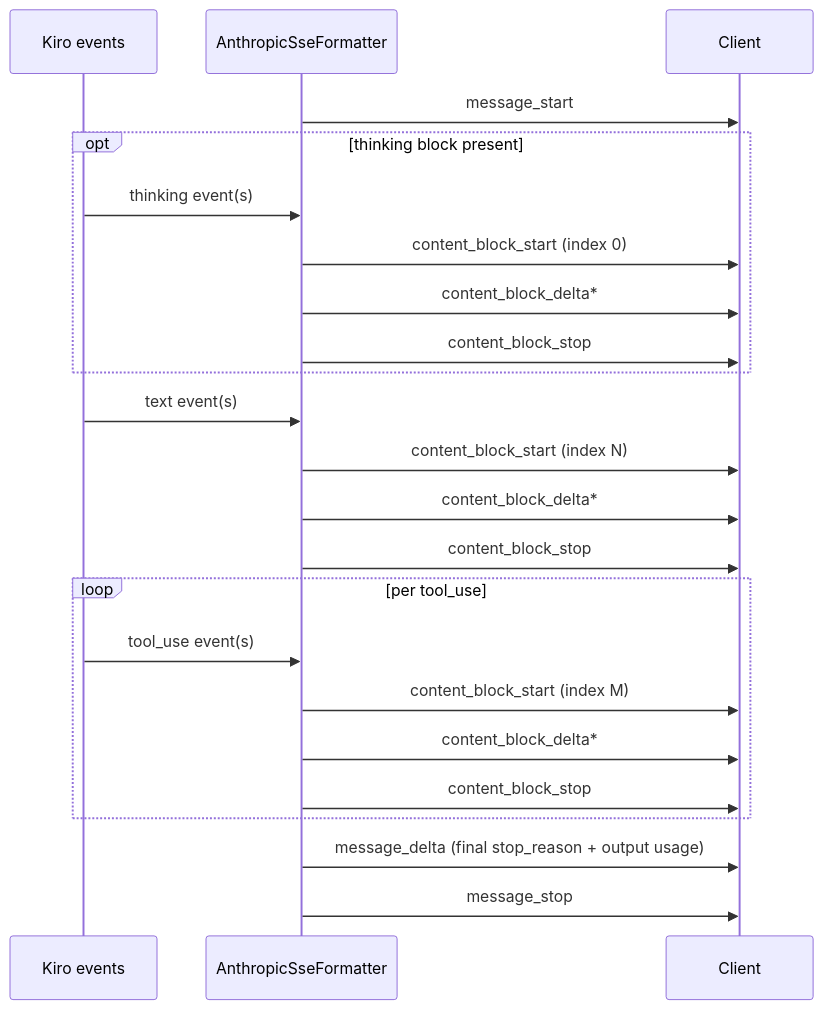
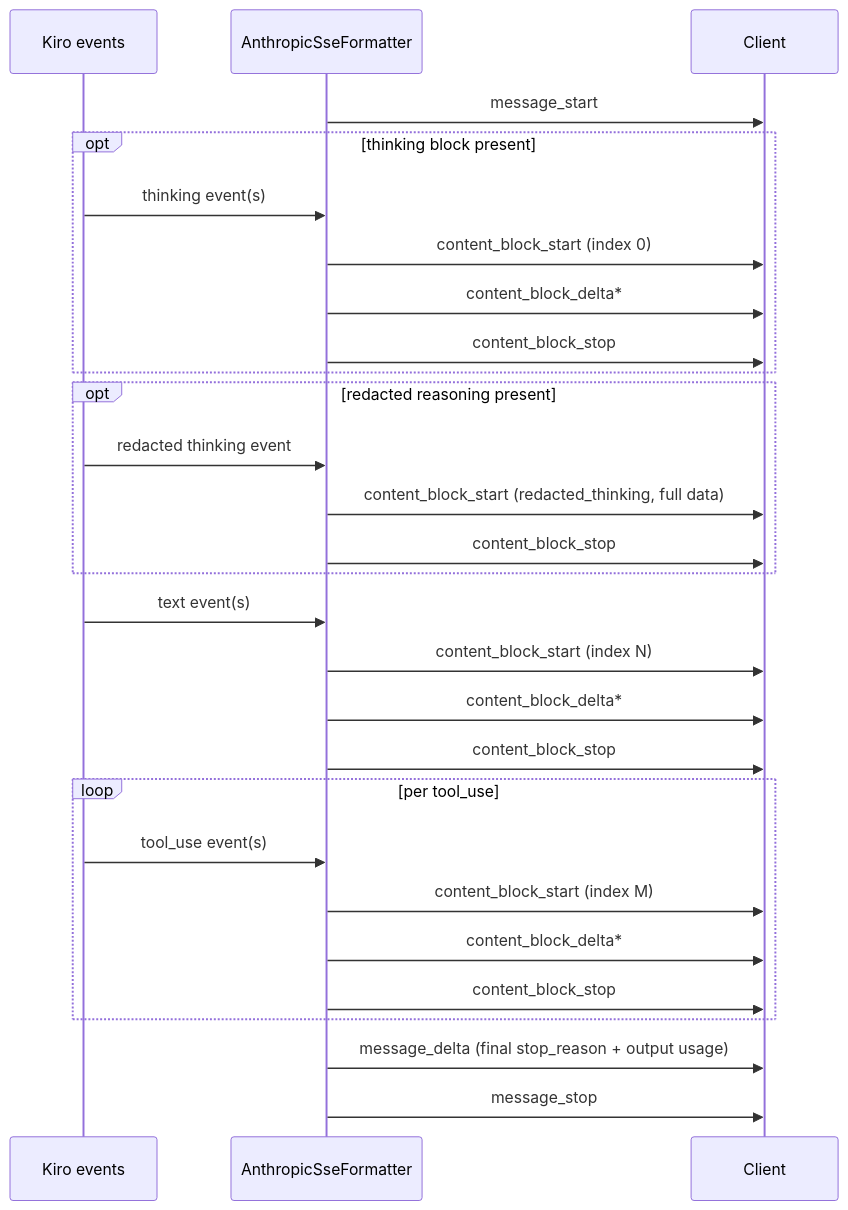
Before and after one commit to dennis0700/Lanius: the second of 2 diagrams in docs/streaming.md, drawn with Mermaid. The commit also changed other lines of this file and 45 other files, not shown here.

````diff
--- a/docs/streaming.md
+++ b/docs/streaming.md
@@ -110,26 +116,31 @@
 ```mermaid
 sequenceDiagram
     participant K as Kiro events
     participant F as AnthropicSseFormatter
     participant C as Client
 
     F->>C: message_start
     opt thinking block present
         K->>F: thinking event(s)
         F->>C: content_block_start (index 0)
         F->>C: content_block_delta*
+        F->>C: content_block_stop
+    end
+    opt redacted reasoning present
+        K->>F: redacted thinking event
+        F->>C: content_block_start (redacted_thinking, full data)
         F->>C: content_block_stop
     end
     K->>F: text event(s)
     F->>C: content_block_start (index N)
     F->>C: content_block_delta*
     F->>C: content_block_stop
     loop per tool_use
         K->>F: tool_use event(s)
         F->>C: content_block_start (index M)
         F->>C: content_block_delta*
         F->>C: content_block_stop
     end
     F->>C: message_delta (final stop_reason + output usage)
     F->>C: message_stop
 ```
````
